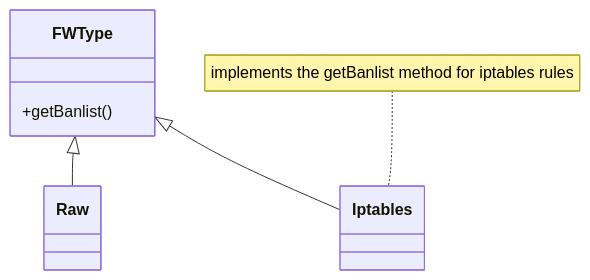
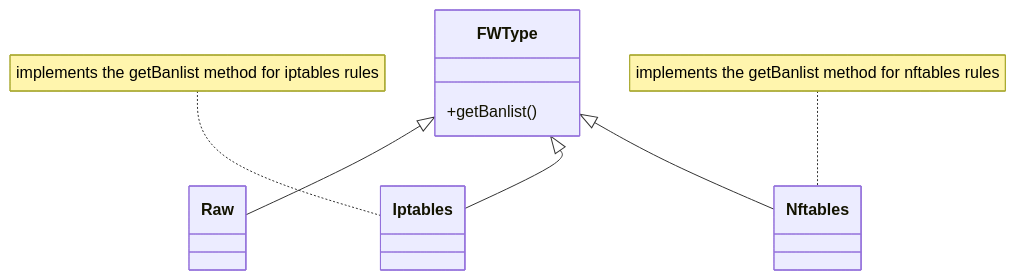
Before and after one commit to BlessedRebuS/Krawl: the diagram in docs/firewall-exporters.md, drawn with Mermaid. The commit also changed other lines of this file and 1 other file, not shown here.

````diff
--- a/docs/firewall-exporters.md
+++ b/docs/firewall-exporters.md
@@ -5,11 +84,14 @@
 ```mermaid
  classDiagram
  class FWType{
         +getBanlist()
 }
 FWType <|-- Raw
 class Raw{ }
 FWType <|-- Iptables
 class Iptables{ }
+FWType <|-- Nftables
+class Nftables{ }
 note for Iptables "implements the getBanlist method for iptables rules"
+note for Nftables "implements the getBanlist method for nftables rules"
 ```
````
